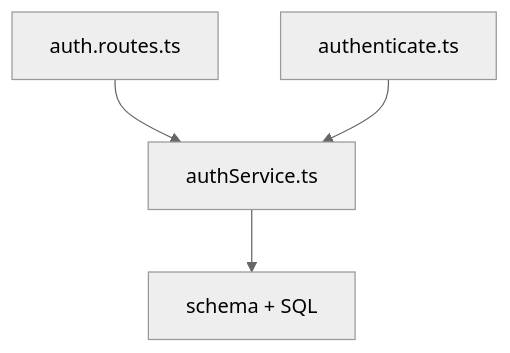
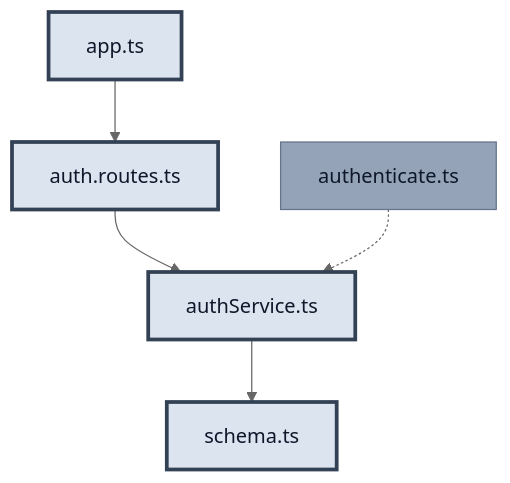
The first of 3 diagrams in docs/roadmap/CURRENT_INCREMENT.md (vv0rkz/react-happy-news), drawn with Mermaid (neutral theme) before and after one commit. The commit also changed other lines of this file and 27 other files, not shown here.

Commit message:
feat: #73 auth backend — schema, authService DI, routes, vitest

````diff
--- a/docs/roadmap/CURRENT_INCREMENT.md
+++ b/docs/roadmap/CURRENT_INCREMENT.md
@@ -304,10 +51,20 @@
 ```mermaid
 flowchart TB
+  app["app.ts"]
   routes["auth.routes.ts"]
   service["authService.ts"]
-  db["schema + SQL"]
+  db["schema.ts"]
   mw["authenticate.ts"]
+
+  app --> routes
   routes --> service
   service --> db
-  mw --> service
+  mw -.-> service
+
+  class app,routes,service,db phaseActive
+  class mw phaseLater
+
+  classDef phaseDone stroke:#64748b,stroke-width:1px
+  classDef phaseActive fill:#dce4ef,stroke:#334155,stroke-width:3px,color:#0f172a
+  classDef phaseLater fill:#94a3b8,stroke:#64748b,stroke-width:1px,color:#0f172a
 ```
````
